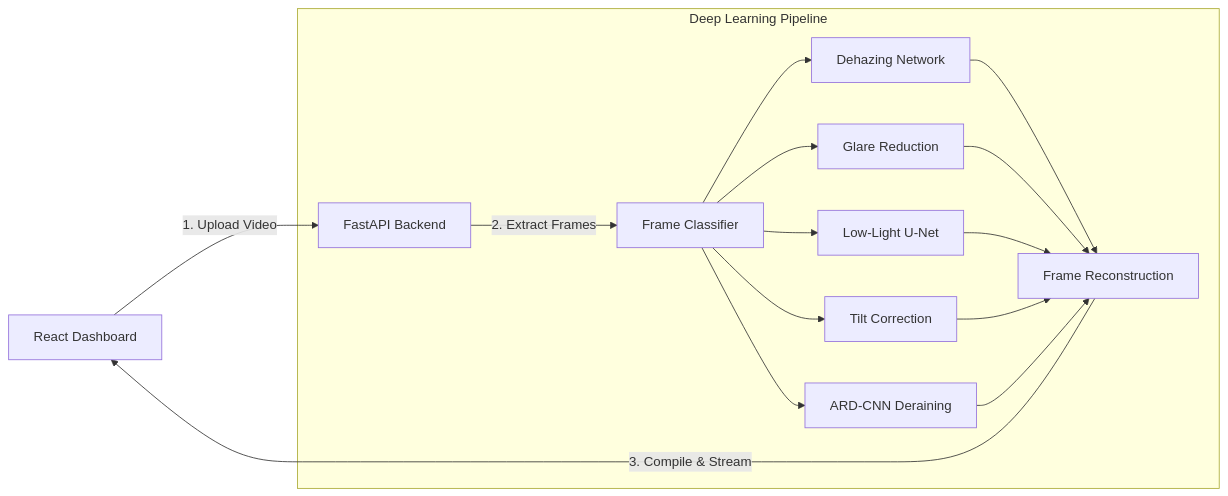
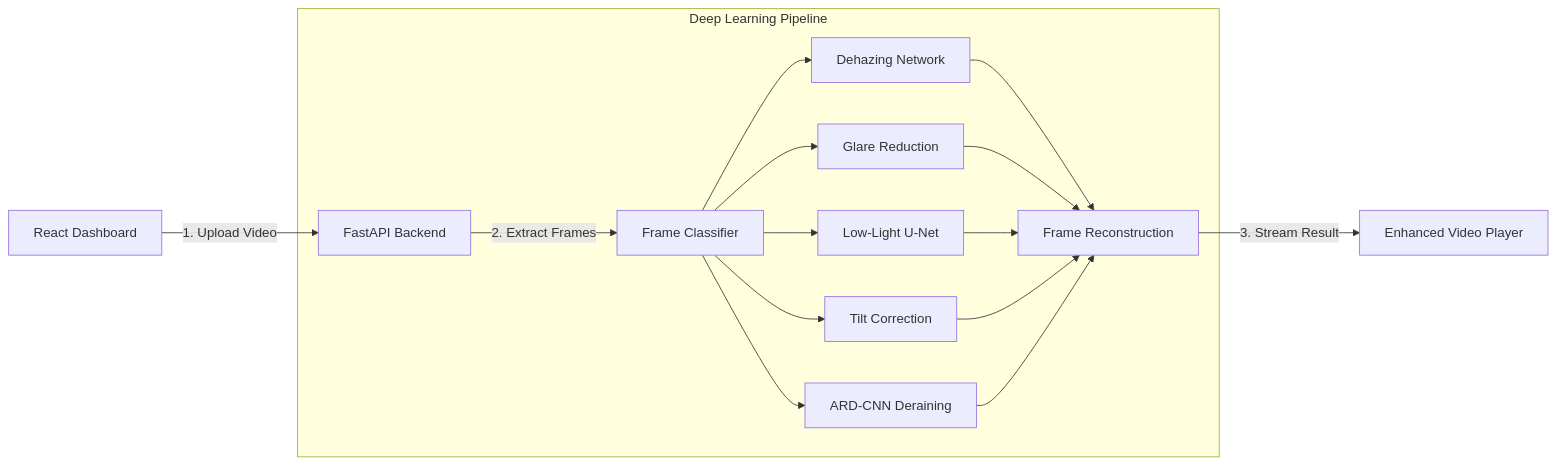
Before and after one commit to swapnil5053/SW3_computer_vision: the diagram in README.md, drawn with Mermaid. The commit also changed other lines of this file, not shown here.

First line of the commit message:
Fix image reference and update architecture diagram

````diff
--- a/README.md
+++ b/README.md
@@ -35,21 +33,21 @@
 ```mermaid
 graph LR
     UI[React Dashboard] -->|1. Upload Video| API[FastAPI Backend]
 
     subgraph Deep Learning Pipeline
         API -->|2. Extract Frames| Classify[Frame Classifier]
         Classify --> Dehaze[Dehazing Network]
         Classify --> Glare[Glare Reduction]
         Classify --> LowLight[Low-Light U-Net]
         Classify --> Tilt[Tilt Correction]
         Classify --> Derain[ARD-CNN Deraining]
 
         Dehaze --> Recon[Frame Reconstruction]
         Glare --> Recon
         LowLight --> Recon
         Tilt --> Recon
         Derain --> Recon
     end
 
-    Recon -->|3. Compile & Stream| UI
+    Recon -->|3. Stream Result| Output[Enhanced Video Player]
 ```
````
